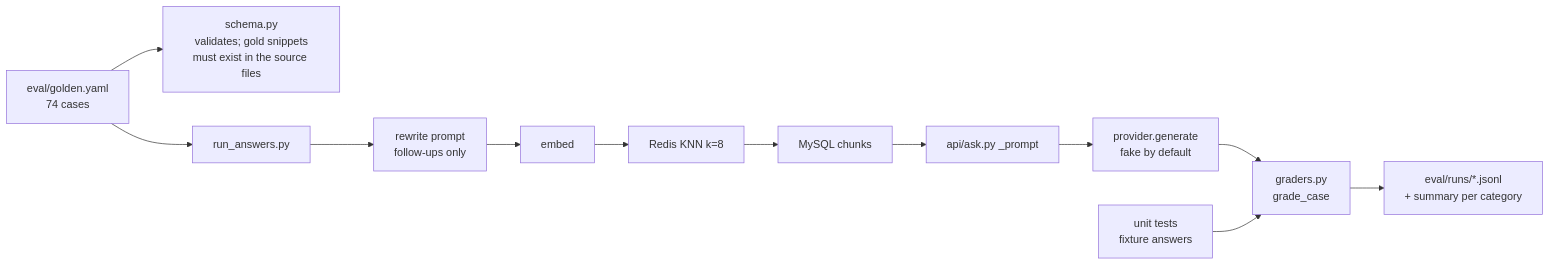
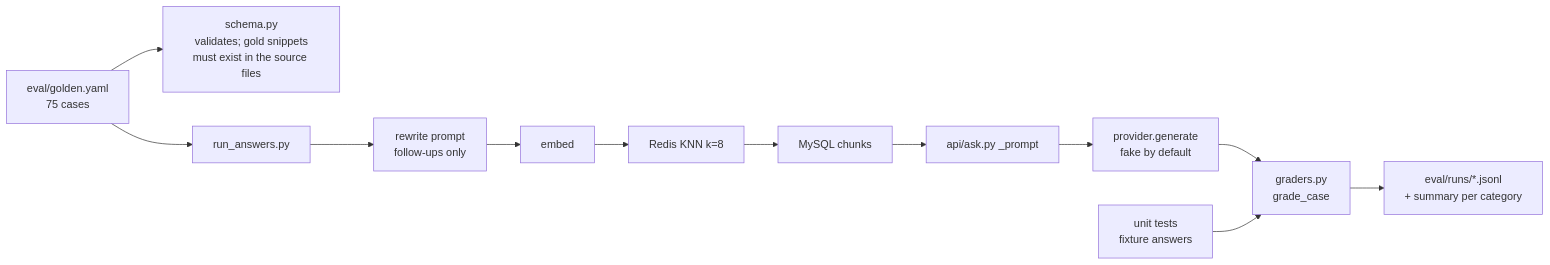
Before and after one commit to hacka-tron/basel.engineering: the diagram in project/status/2026-10-01-rag-p1-golden-set.md, drawn with Mermaid. The commit also changed other lines of this file and 9 other files, not shown here.

First line of the commit message:
fix(eval): address review round 1 on the golden set and graders

````diff
--- a/project/status/2026-10-01-rag-p1-golden-set.md
+++ b/project/status/2026-10-01-rag-p1-golden-set.md
@@ -21,11 +21,11 @@
 ```mermaid
 flowchart LR
-    G[eval/golden.yaml<br/>74 cases] --> S[schema.py<br/>validates; gold snippets<br/>must exist in the source files]
+    G[eval/golden.yaml<br/>75 cases] --> S[schema.py<br/>validates; gold snippets<br/>must exist in the source files]
     G --> R[run_answers.py]
     R --> RW[rewrite prompt<br/>follow-ups only]
     RW --> E[embed] --> K[Redis KNN k=8] --> M[MySQL chunks]
     M --> P[api/ask.py _prompt] --> L[provider.generate<br/>fake by default]
     L --> GR[graders.py<br/>grade_case]
     GR --> O[eval/runs/*.jsonl<br/>+ summary per category]
     T[unit tests<br/>fixture answers] --> GR
 ```
````
